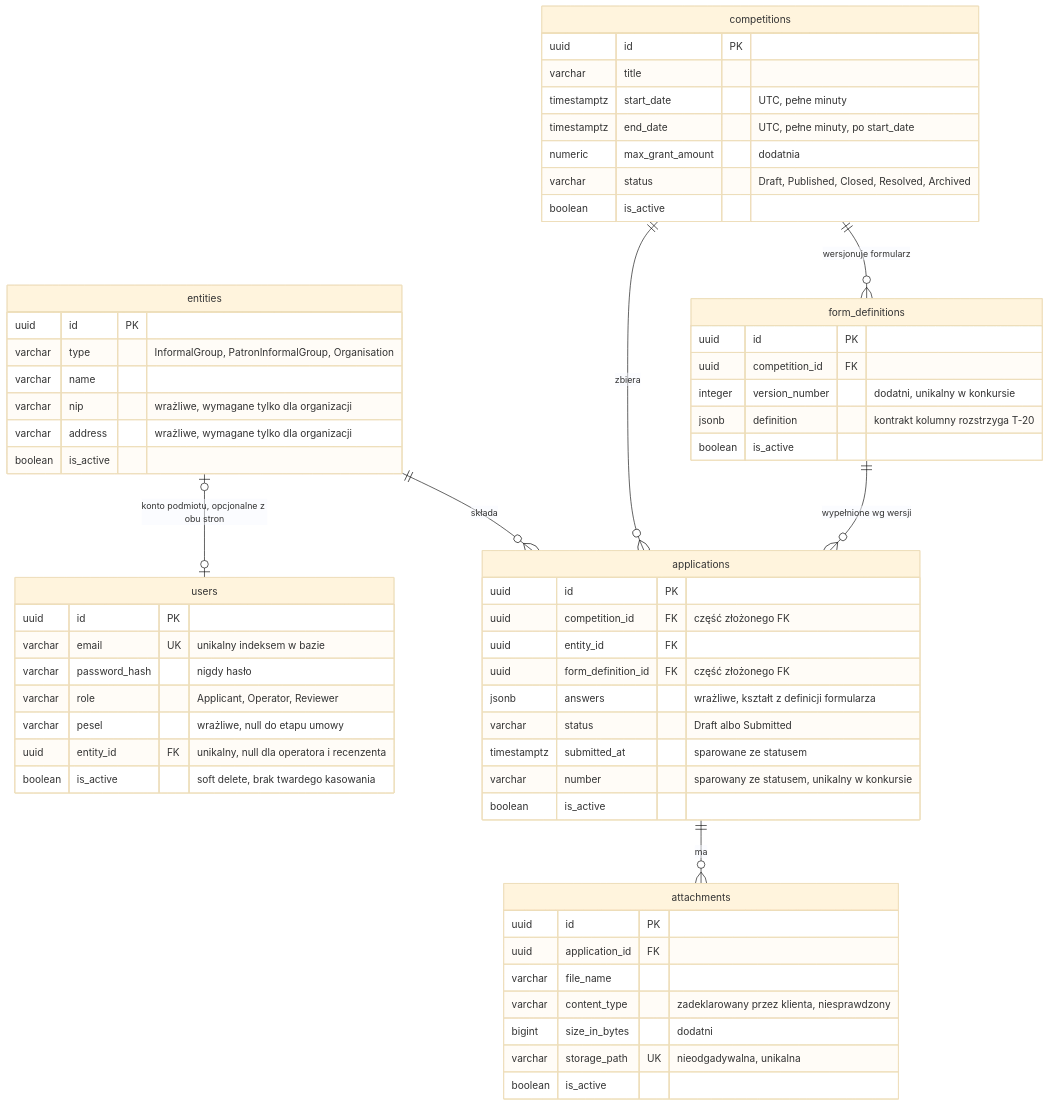
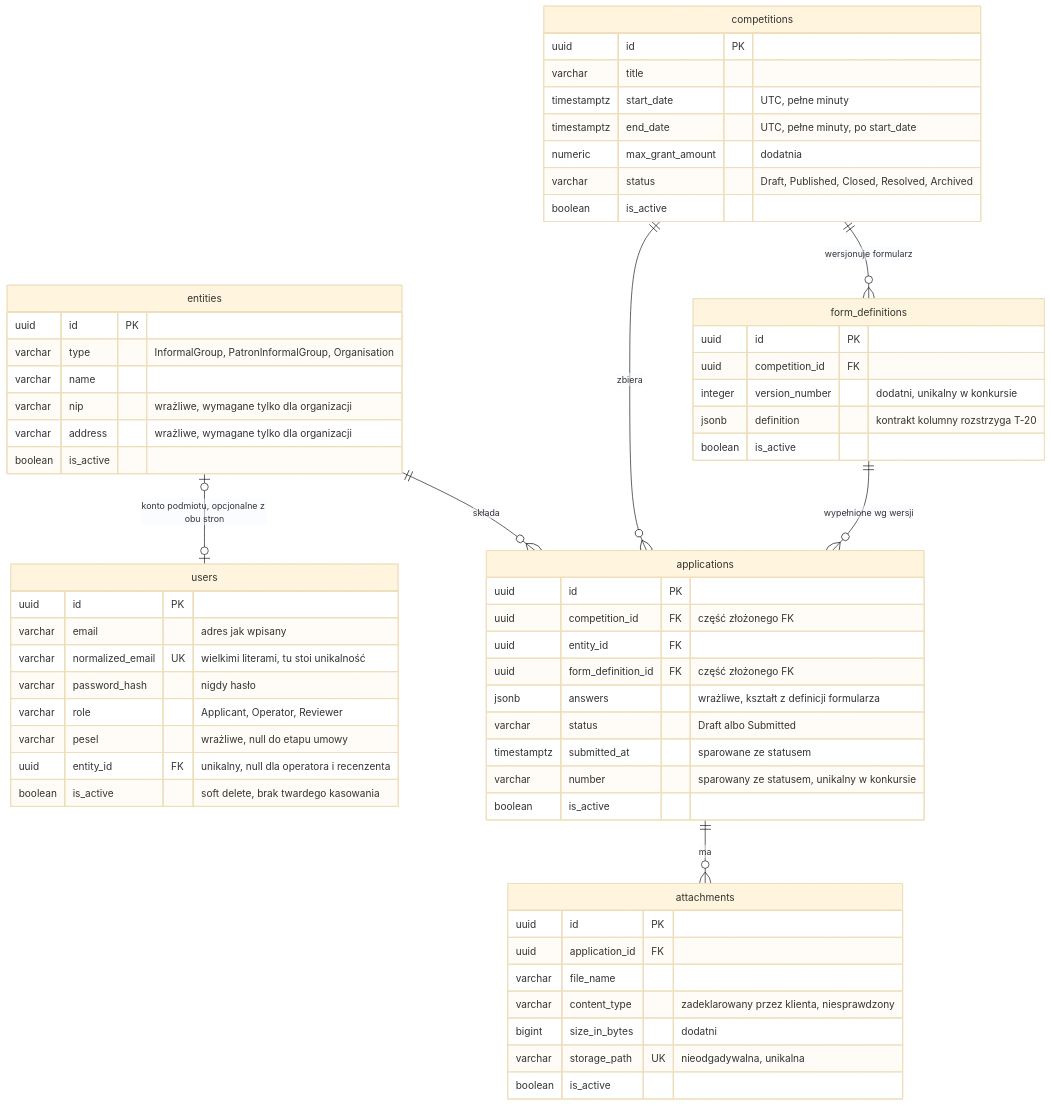
Before and after one commit to ootLabs/OCWIP-grant-competitions: the first of 2 diagrams in docs/model-danych.md, drawn with Mermaid (base theme). The commit also changed other lines of this file and 20 other files, not shown here.

````diff
--- a/docs/model-danych.md
+++ b/docs/model-danych.md
@@ -11,68 +11,69 @@
 ```mermaid
 erDiagram
     entities |o--o| users : "konto podmiotu, opcjonalne z obu stron"
     entities ||--o{ applications : "składa"
     competitions ||--o{ form_definitions : "wersjonuje formularz"
     competitions ||--o{ applications : "zbiera"
     form_definitions ||--o{ applications : "wypełnione wg wersji"
     applications ||--o{ attachments : "ma"
 
     users {
         uuid id PK
-        varchar email UK "unikalny indeksem w bazie"
+        varchar email "adres jak wpisany"
+        varchar normalized_email UK "wielkimi literami, tu stoi unikalność"
         varchar password_hash "nigdy hasło"
         varchar role "Applicant, Operator, Reviewer"
         varchar pesel "wrażliwe, null do etapu umowy"
         uuid entity_id FK "unikalny, null dla operatora i recenzenta"
         boolean is_active "soft delete, brak twardego kasowania"
     }
 
     entities {
         uuid id PK
         varchar type "InformalGroup, PatronInformalGroup, Organisation"
         varchar name
         varchar nip "wrażliwe, wymagane tylko dla organizacji"
         varchar address "wrażliwe, wymagane tylko dla organizacji"
         boolean is_active
     }
 
     competitions {
         uuid id PK
         varchar title
         timestamptz start_date "UTC, pełne minuty"
         timestamptz end_date "UTC, pełne minuty, po start_date"
         numeric max_grant_amount "dodatnia"
         varchar status "Draft, Published, Closed, Resolved, Archived"
         boolean is_active
     }
 
     form_definitions {
         uuid id PK
         uuid competition_id FK
         integer version_number "dodatni, unikalny w konkursie"
         jsonb definition "kontrakt kolumny rozstrzyga T-20"
         boolean is_active
     }
 
     applications {
         uuid id PK
         uuid competition_id FK "część złożonego FK"
         uuid entity_id FK
         uuid form_definition_id FK "część złożonego FK"
         jsonb answers "wrażliwe, kształt z definicji formularza"
         varchar status "Draft albo Submitted"
         timestamptz submitted_at "sparowane ze statusem"
         varchar number "sparowany ze statusem, unikalny w konkursie"
         boolean is_active
     }
 
     attachments {
         uuid id PK
         uuid application_id FK
         varchar file_name
         varchar content_type "zadeklarowany przez klienta, niesprawdzony"
         bigint size_in_bytes "dodatni"
         varchar storage_path UK "nieodgadywalna, unikalna"
         boolean is_active
     }
 ```
````
